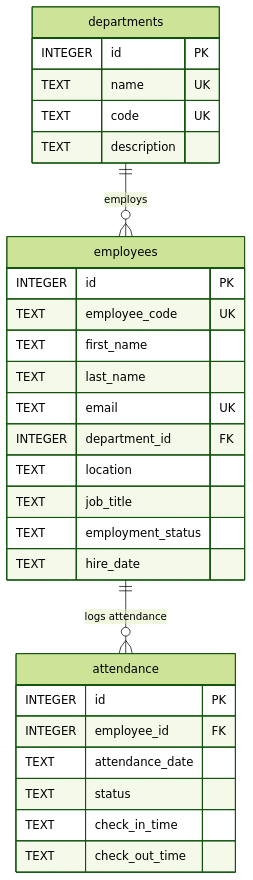
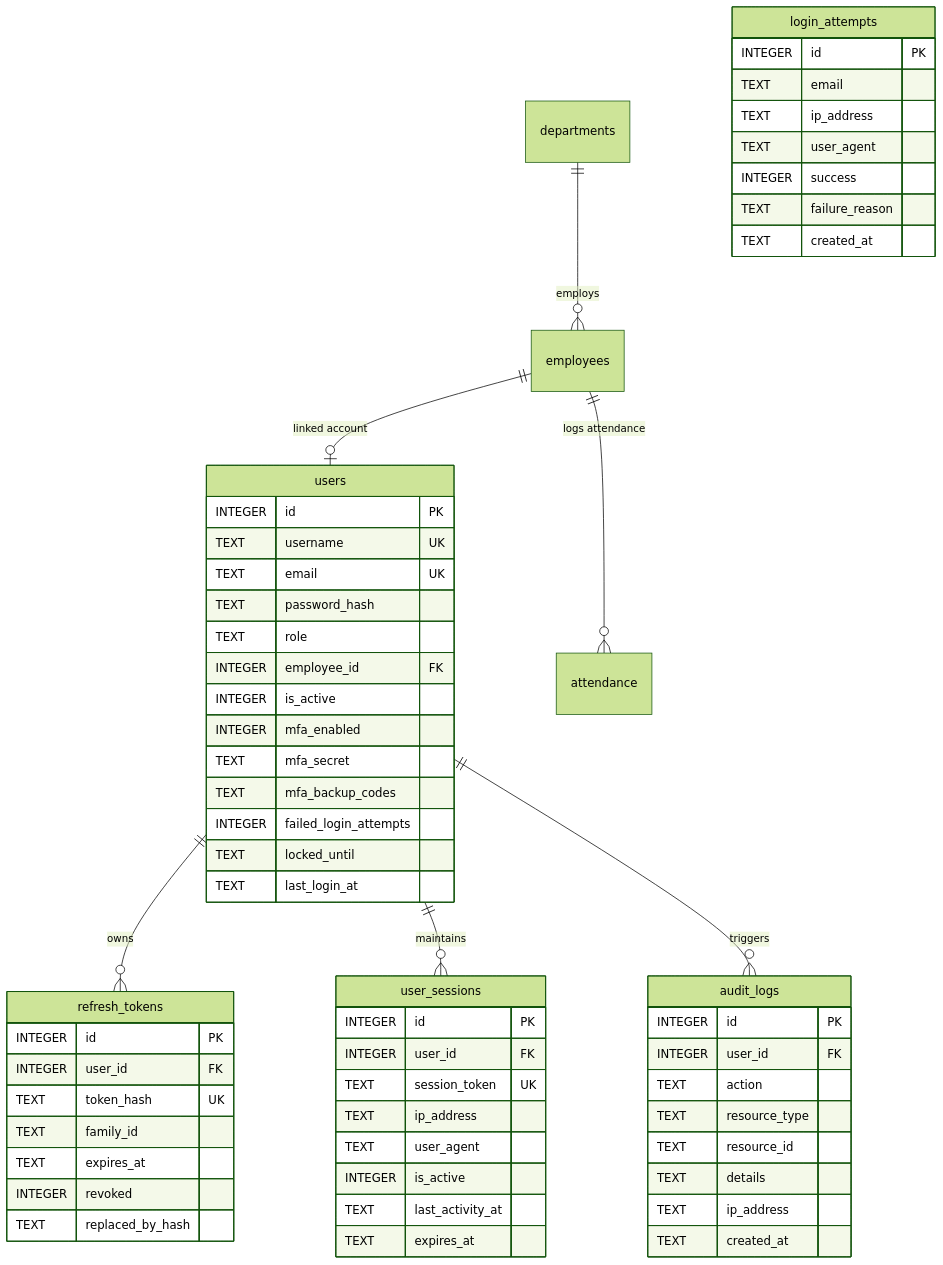
The diagram in README.md (PavanReddy-27/Workforce), drawn with Mermaid (forest theme) before and after one commit. The commit also changed other lines of this file and 102 other files, not shown here.

````diff
--- a/README.md
+++ b/README.md
@@ -214,32 +84,67 @@
 ```mermaid
 erDiagram
+    users ||--o{ refresh_tokens : "owns"
+    users ||--o{ user_sessions : "maintains"
+    users ||--o{ audit_logs : "triggers"
     departments ||--o{ employees : "employs"
     employees ||--o{ attendance : "logs attendance"
+    employees ||--o| users : "linked account"
 
-    departments {
+    users {
         INTEGER id PK
-        TEXT name UK
-        TEXT code UK
-        TEXT description
+        TEXT username UK
+        TEXT email UK
+        TEXT password_hash
+        TEXT role
+        INTEGER employee_id FK
+        INTEGER is_active
+        INTEGER mfa_enabled
+        TEXT mfa_secret
+        TEXT mfa_backup_codes
+        INTEGER failed_login_attempts
+        TEXT locked_until
+        TEXT last_login_at
     }
-    employees {
+
+    refresh_tokens {
         INTEGER id PK
-        TEXT employee_code UK
-        TEXT first_name
-        TEXT last_name
-        TEXT email UK
-        INTEGER department_id FK
-        TEXT location
-        TEXT job_title
-        TEXT employment_status
-        TEXT hire_date
+        INTEGER user_id FK
+        TEXT token_hash UK
+        TEXT family_id
+        TEXT expires_at
+        INTEGER revoked
+        TEXT replaced_by_hash
     }
-    attendance {
+
+    login_attempts {
         INTEGER id PK
-        INTEGER employee_id FK
-        TEXT attendance_date
-        TEXT status
-        TEXT check_in_time
-        TEXT check_out_time
+        TEXT email
+        TEXT ip_address
+        TEXT user_agent
+        INTEGER success
+        TEXT failure_reason
+        TEXT created_at
+    }
+
+    audit_logs {
+        INTEGER id PK
+        INTEGER user_id FK
+        TEXT action
+        TEXT resource_type
+        TEXT resource_id
+        TEXT details
+        TEXT ip_address
+        TEXT created_at
+    }
+
+    user_sessions {
+        INTEGER id PK
+        INTEGER user_id FK
+        TEXT session_token UK
+        TEXT ip_address
+        TEXT user_agent
+        INTEGER is_active
+        TEXT last_activity_at
+        TEXT expires_at
     }
 ```
````
